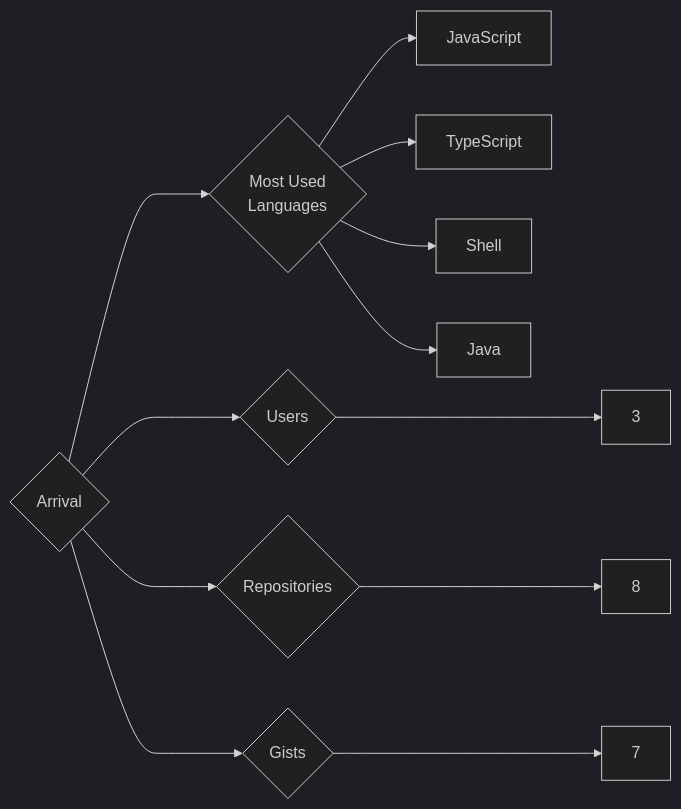
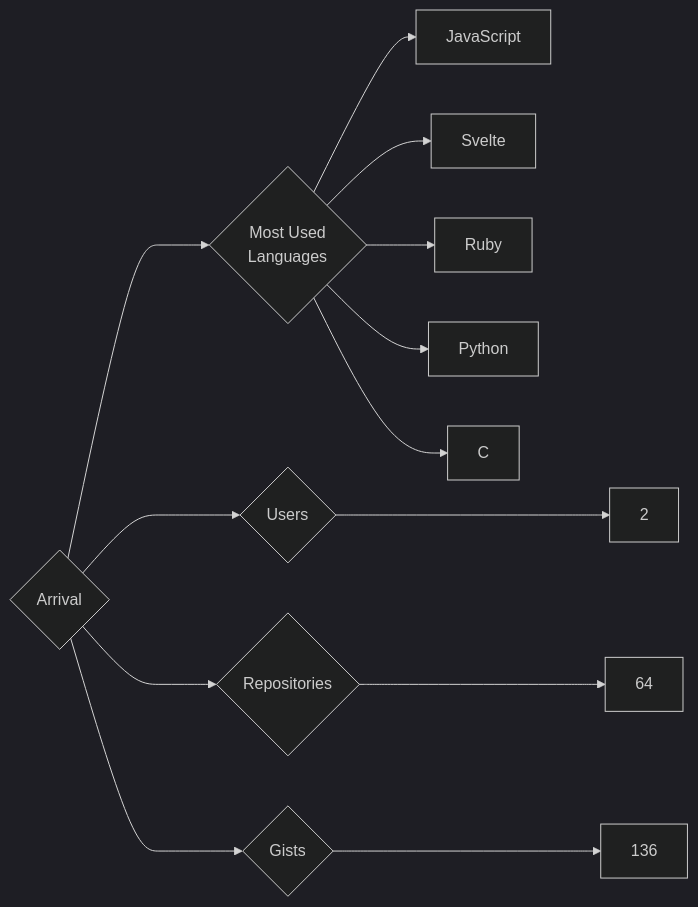
One commit to trickest/insiders changed the diagram in targets/Arrival/README.md. Above: the diagram before and after it, drawn with Mermaid (dark theme). The commit also changed 693 other files, not shown here.

````diff
--- a/targets/Arrival/README.md
+++ b/targets/Arrival/README.md
@@ -3,12 +3,13 @@
 ```mermaid
 graph LR
 COMPANY_NAME{Arrival}
-COMPANY_NAME ---> U{Users} ---> UN[3]
-COMPANY_NAME ---> R{Repositories} ---> RN[8]
-COMPANY_NAME ---> G{Gists} ---> GN[7]
+COMPANY_NAME ---> U{Users} ---> UN[2]
+COMPANY_NAME ---> R{Repositories} ---> RN[64]
+COMPANY_NAME ---> G{Gists} ---> GN[136]
 COMPANY_NAME ---> ML{Most Used<br>Languages}
 ML --> JavaScript[JavaScript]
-ML --> TypeScript[TypeScript]
-ML --> Shell[Shell]
-ML --> Java[Java]
+ML --> Svelte[Svelte]
+ML --> Ruby[Ruby]
+ML --> Python[Python]
+ML --> C[C]
 ```
````
